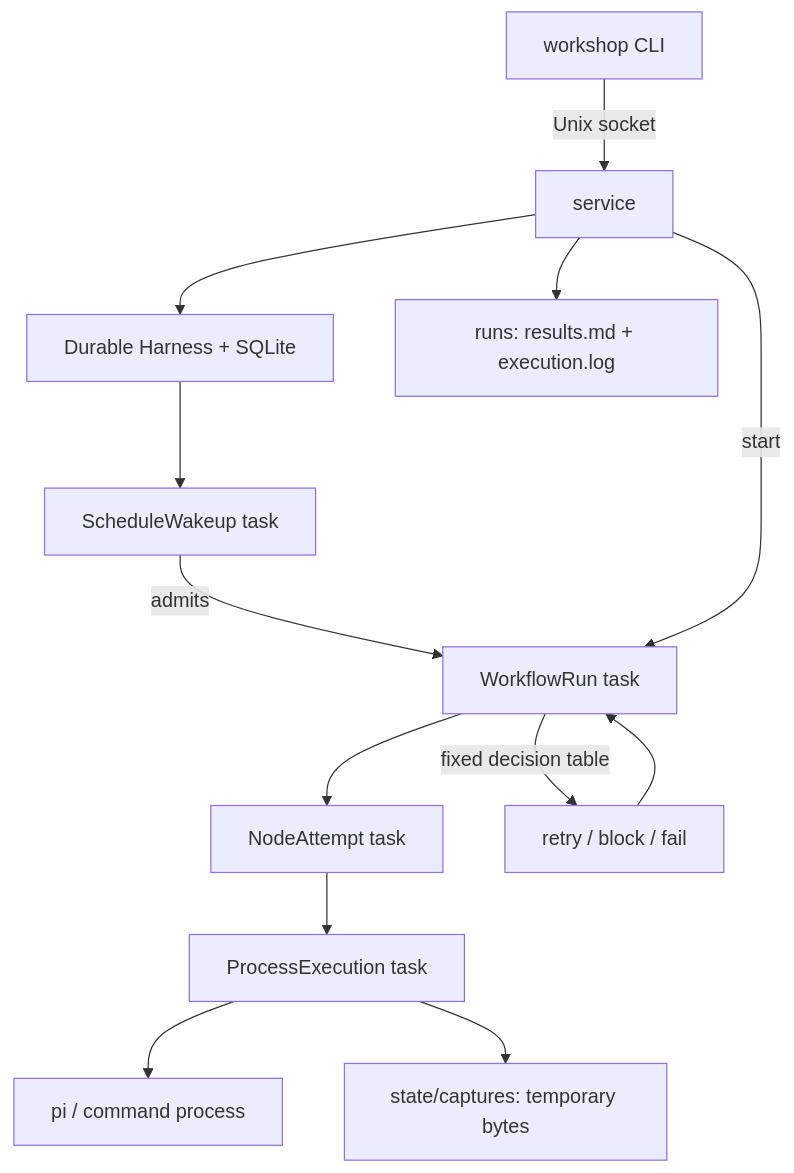
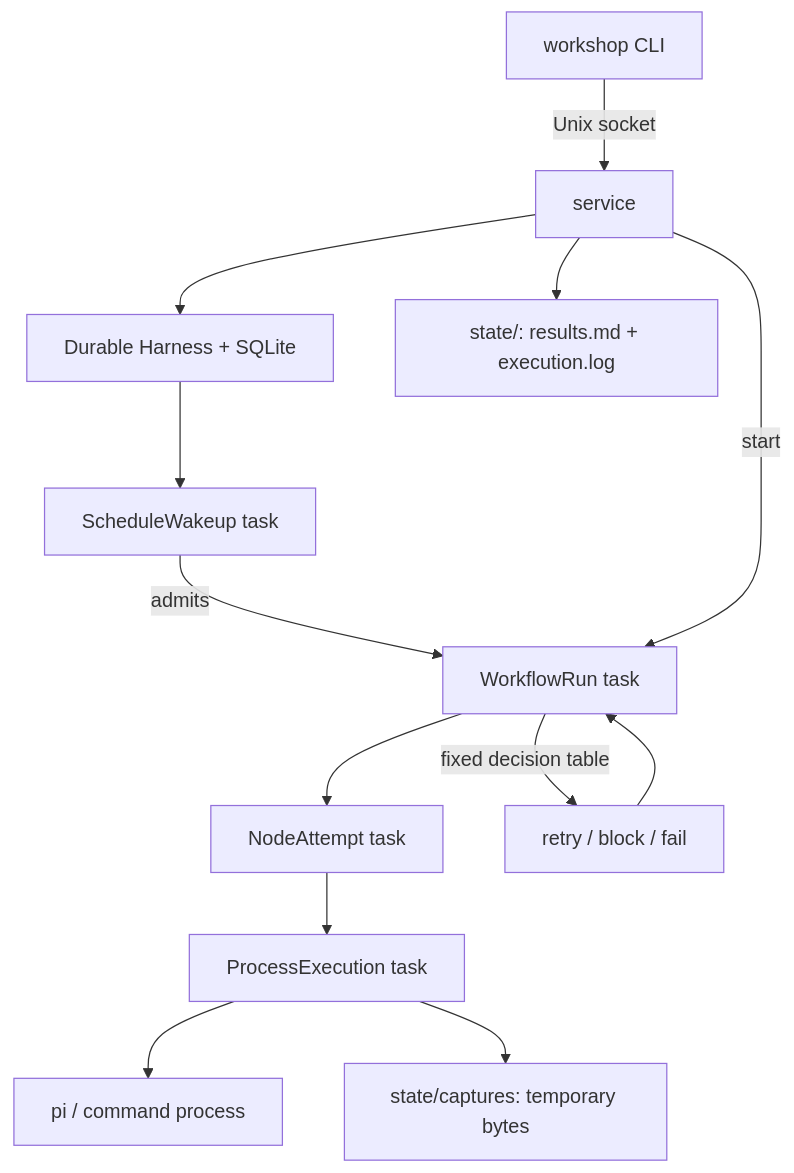
The diagram in CONTRIBUTING.md (kaushikgopal/workshop), drawn with Mermaid before and after one commit. The commit also changed other lines of this file and 36 other files, not shown here.

First line of the commit message:
Keep one results.md and execution.log per workflow, with rotation

````diff
--- a/CONTRIBUTING.md
+++ b/CONTRIBUTING.md
@@ -113,15 +113,15 @@
 ```mermaid
 flowchart TD
   CLI[workshop CLI] -->|Unix socket| SVC[service]
   SVC --> H[Durable Harness + SQLite]
   H --> SCH[ScheduleWakeup task]
   SCH -->|admits| WR[WorkflowRun task]
   SVC -->|start| WR
   WR --> NA[NodeAttempt task]
   NA --> PE[ProcessExecution task]
   PE --> P[pi / command process]
   WR -->|fixed decision table| D[retry / block / fail]
   D --> WR
   PE --> V[state/captures: temporary bytes]
-  SVC --> RF[runs: results.md + execution.log]
+  SVC --> RF[state/<workflow>: results.md + execution.log]
 ```
````
